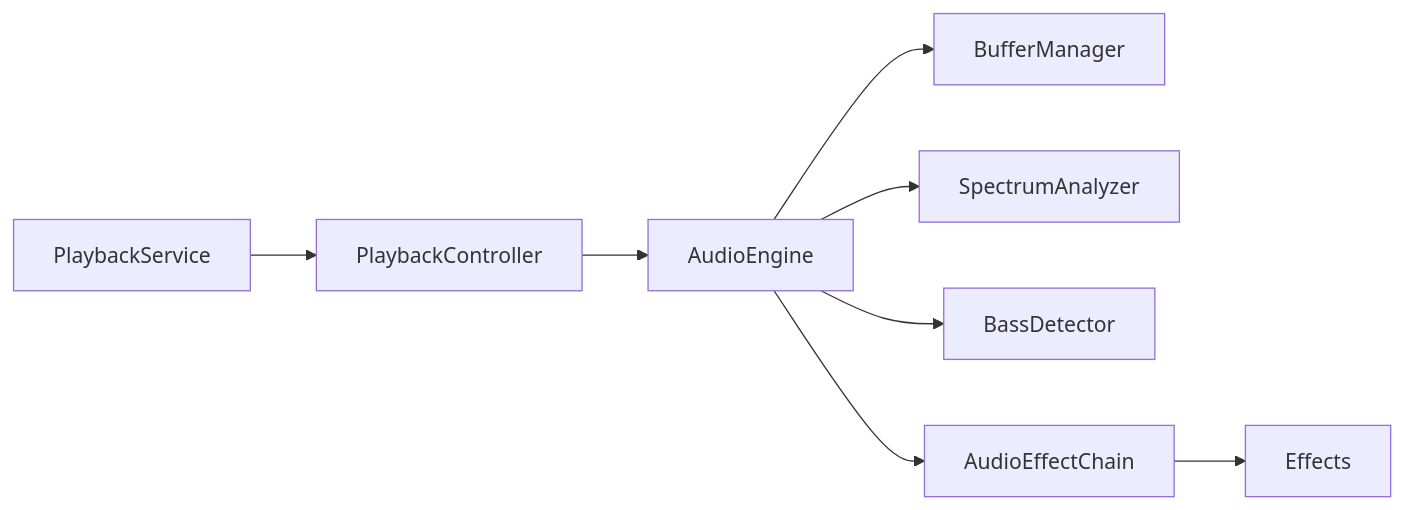
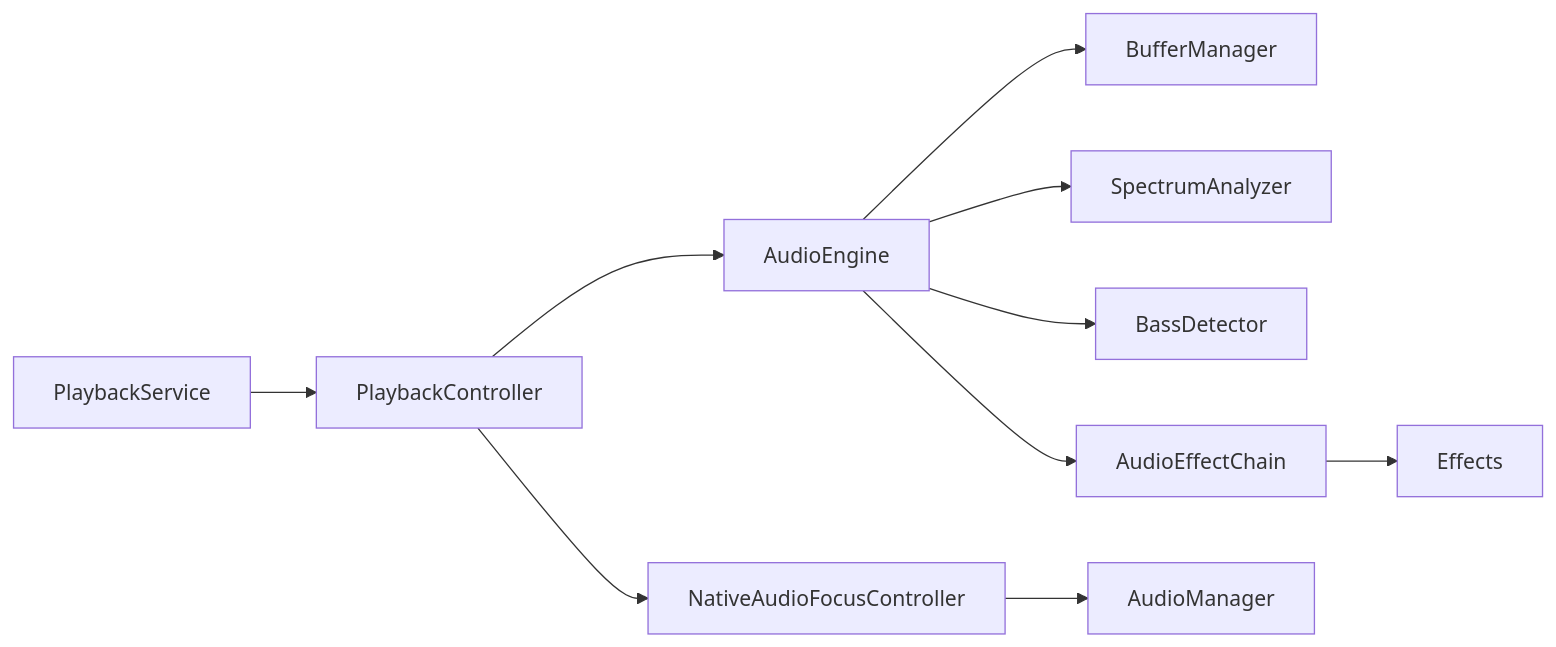
One commit to ysyhlly/Yukine-android changed the tenth of 10 diagrams in .qoder/repowiki/zh/content/播放系统/音频处理管道.md. Above: the diagram before and after it, drawn with Mermaid. The commit also changed other lines of this file and 254 other files, not shown here.

````diff
--- a/.qoder/repowiki/zh/content/播放系统/音频处理管道.md
+++ b/.qoder/repowiki/zh/content/播放系统/音频处理管道.md
@@ -617,10 +701,12 @@
 ```mermaid
 graph LR
 PS["PlaybackService"] --> PC["PlaybackController"]
 PC --> AE["AudioEngine"]
+PC --> NAFC["NativeAudioFocusController"]
 AE --> BM["BufferManager"]
 AE --> SA["SpectrumAnalyzer"]
 AE --> BD["BassDetector"]
 AE --> AEC["AudioEffectChain"]
 AEC --> FX["Effects"]
+NAFC --> AM["AudioManager"]
 ```
````
